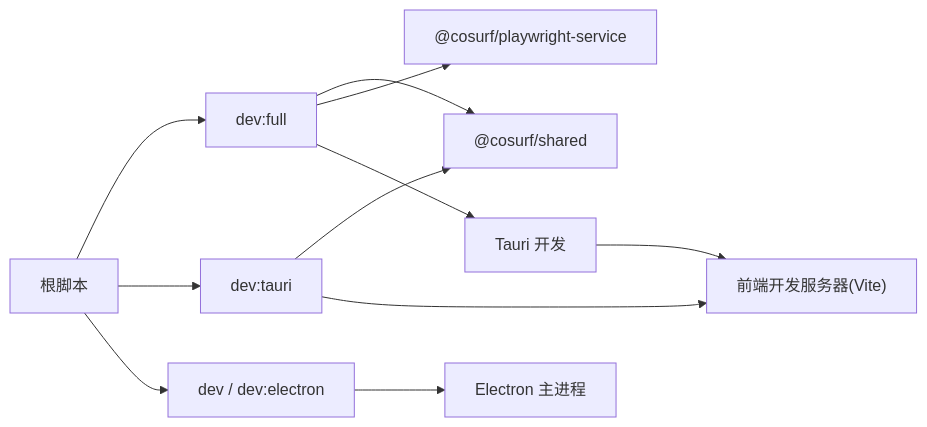
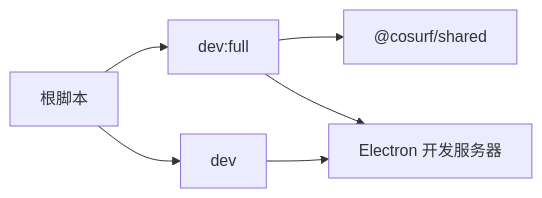
One commit to baike08/cosurf changed the sixth of 6 diagrams in .qoder/repowiki/zh/content/开发指南/开发流程.md. Above: the diagram before and after it, drawn with Mermaid. The commit also changed other lines of this file and 15 other files, not shown here.

````diff
--- a/.qoder/repowiki/zh/content/开发指南/开发流程.md
+++ b/.qoder/repowiki/zh/content/开发指南/开发流程.md
@@ -358,13 +270,8 @@
 ```mermaid
 graph LR
 Root["根脚本"] --> DevFull["dev:full"]
-Root --> DevTauri["dev:tauri"]
-Root --> DevElectron["dev / dev:electron"]
+Root --> DevElectron["dev"]
 DevFull --> Shared["@cosurf/shared"]
-DevFull --> PW["@cosurf/playwright-service"]
-DevFull --> Tauri["Tauri 开发"]
-DevTauri --> Shared
-DevTauri --> Web["前端开发服务器(Vite)"]
-Tauri --> Web
-DevElectron --> Electron["Electron 主进程"]
+DevFull --> Electron["Electron 开发服务器"]
+DevElectron --> Electron
 ```
````
